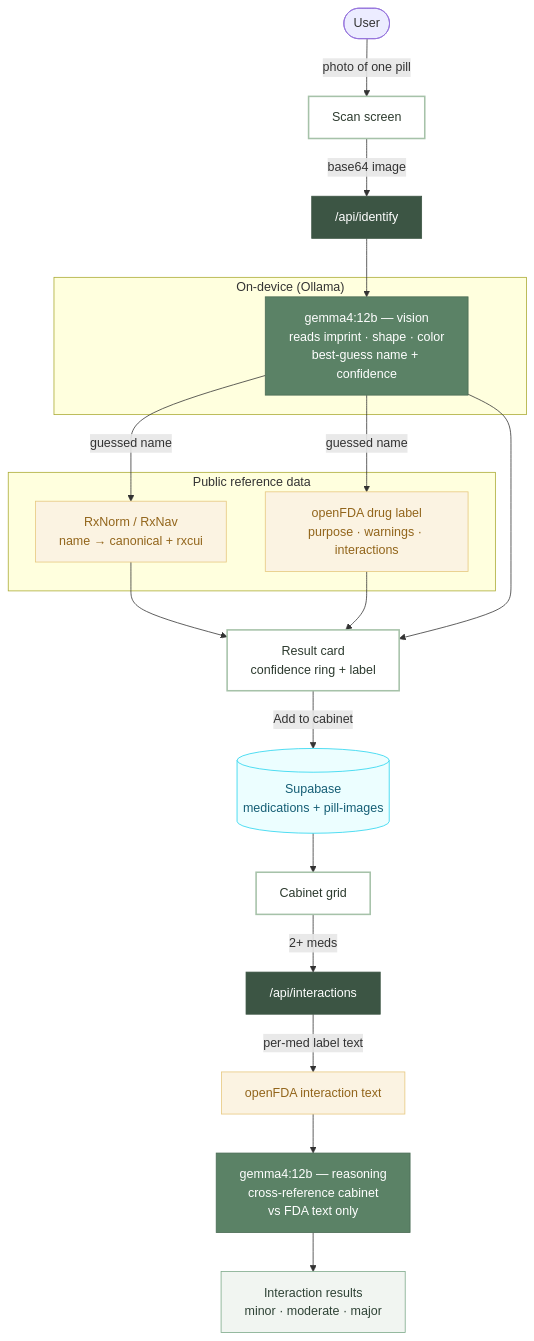
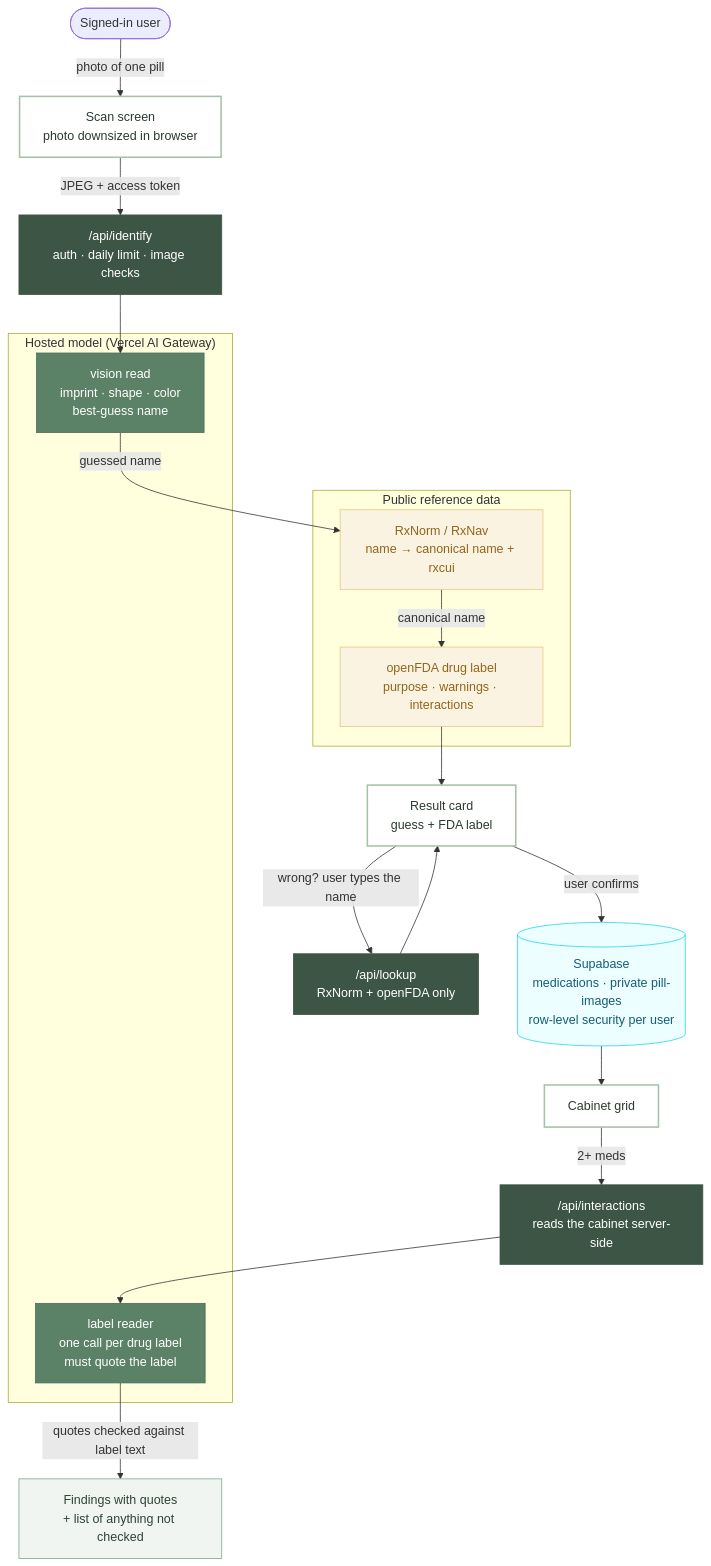
Before and after one commit to Nanthu-FS/PillID: the diagram in FLOWCHART.md, drawn with Mermaid. The commit also changed other lines of this file and 28 other files, not shown here.

First line of the commit message:
Prepare PillID for Vercel: hosted model, per-user auth, stricter grounding

````diff
--- a/FLOWCHART.md
+++ b/FLOWCHART.md
@@ -7,42 +7,42 @@
 ```mermaid
 flowchart TD
-    U([User]) -->|photo of one pill| SCAN[Scan screen]
-    SCAN -->|base64 image| ID["/api/identify"]
+    U([Signed-in user]) -->|photo of one pill| SCAN[Scan screen<br/>photo downsized in browser]
+    SCAN -->|JPEG + access token| ID["/api/identify<br/>auth · daily limit · image checks"]
 
-    subgraph LOCAL["On-device (Ollama)"]
-        GV["gemma4:12b — vision<br/>reads imprint · shape · color<br/>best-guess name + confidence"]
+    subgraph MODEL["Hosted model (Vercel AI Gateway)"]
+        GV["vision read<br/>imprint · shape · color<br/>best-guess name"]
+        GX["label reader<br/>one call per drug label<br/>must quote the label"]
     end
     subgraph PUBLIC["Public reference data"]
-        RX["RxNorm / RxNav<br/>name → canonical + rxcui"]
+        RX["RxNorm / RxNav<br/>name → canonical name + rxcui"]
         FDA["openFDA drug label<br/>purpose · warnings · interactions"]
     end
 
     ID --> GV
     GV -->|guessed name| RX
-    GV -->|guessed name| FDA
-    RX --> RESULT
-    FDA --> RESULT
-    GV --> RESULT[Result card<br/>confidence ring + label]
+    RX -->|canonical name| FDA
+    FDA --> RESULT[Result card<br/>guess + FDA label]
+    RESULT -->|wrong? user types the name| LK["/api/lookup<br/>RxNorm + openFDA only"]
+    LK --> RESULT
 
-    RESULT -->|Add to cabinet| SB[(Supabase<br/>medications + pill-images)]
+    RESULT -->|user confirms| SB[(Supabase<br/>medications · private pill-images<br/>row-level security per user)]
     SB --> CAB[Cabinet grid]
 
-    CAB -->|2+ meds| IX["/api/interactions"]
-    IX -->|per-med label text| FDA2["openFDA interaction text"]
-    FDA2 --> GX["gemma4:12b — reasoning<br/>cross-reference cabinet<br/>vs FDA text only"]
-    GX --> OUT[Interaction results<br/>minor · moderate · major]
+    CAB -->|2+ meds| IX["/api/interactions<br/>reads the cabinet server-side"]
+    IX --> GX
+    GX -->|quotes checked against label text| OUT[Findings with quotes<br/>+ list of anything not checked]
 
     classDef ui fill:#FFFFFF,stroke:#A6C2A9,stroke-width:2px,color:#2C3A2E;
     classDef api fill:#3C5544,stroke:#3C5544,color:#FFFFFF;
-    classDef local fill:#5B8266,stroke:#4A6B54,color:#FFFFFF;
+    classDef model fill:#5B8266,stroke:#4A6B54,color:#FFFFFF;
     classDef data fill:#FBF3E2,stroke:#E6C77E,color:#92651B;
     classDef cloud fill:#ECFEFF,stroke:#22D3EE,color:#155E75;
     classDef out fill:#F1F5F1,stroke:#7BA888,color:#2F4336;
 
     class SCAN,CAB,RESULT ui;
-    class ID,IX api;
-    class GV,GX local;
-    class RX,FDA,FDA2 data;
+    class ID,IX,LK api;
+    class GV,GX model;
+    class RX,FDA data;
     class SB cloud;
     class OUT out;
 ```
````
